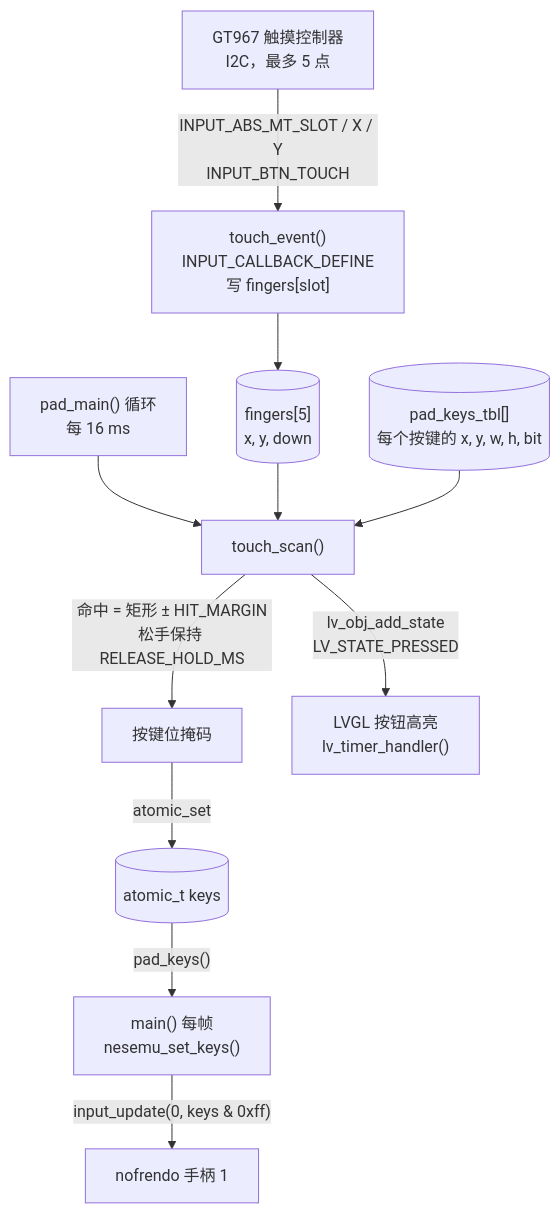
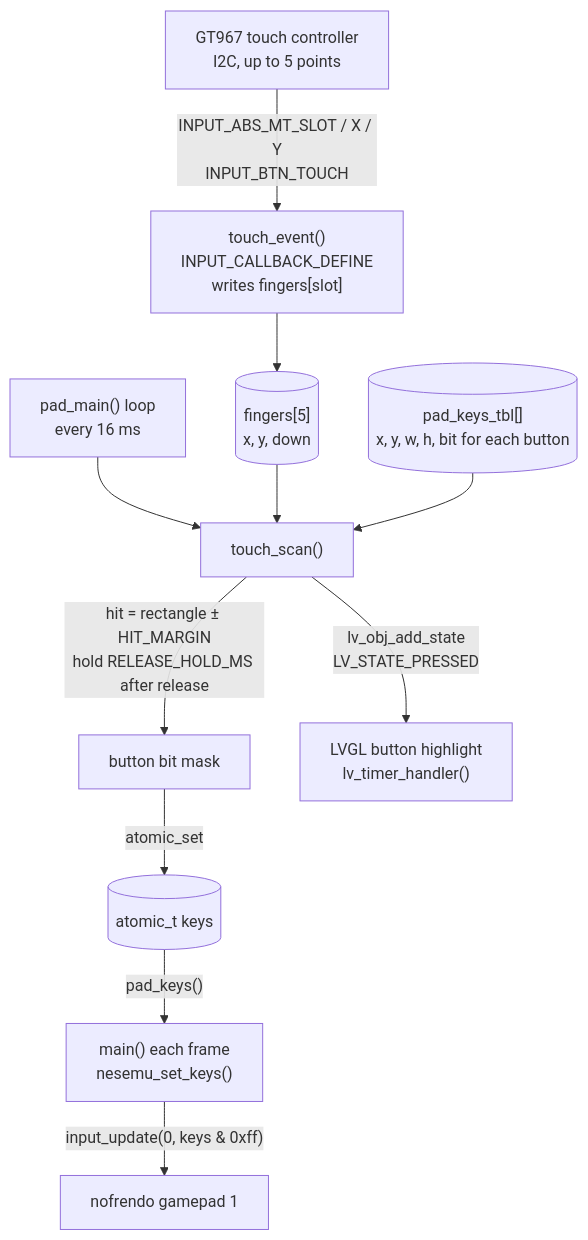
One commit to YuzukiHD/YuzukiNeko changed the second of 2 diagrams in docs/src/content/docs/dev/zephyr/apps/nes.md. Above: the diagram before and after it, drawn with Mermaid. The commit also changed other lines of this file and 216 other files, not shown here.

````diff
--- a/docs/src/content/docs/dev/zephyr/apps/nes.md
+++ b/docs/src/content/docs/dev/zephyr/apps/nes.md
@@ -254,13 +254,13 @@
 ```mermaid
 flowchart TD
-    G["GT967 触摸控制器<br/>I2C，最多 5 点"] -->|"INPUT_ABS_MT_SLOT / X / Y<br/>INPUT_BTN_TOUCH"| CB["touch_event()<br/>INPUT_CALLBACK_DEFINE<br/>写 fingers[slot]"]
+    G["GT967 touch controller<br/>I2C, up to 5 points"] -->|"INPUT_ABS_MT_SLOT / X / Y<br/>INPUT_BTN_TOUCH"| CB["touch_event()<br/>INPUT_CALLBACK_DEFINE<br/>writes fingers[slot]"]
     CB --> TBL[("fingers[5]<br/>x, y, down")]
-    LOOP["pad_main() 循环<br/>每 16 ms"] --> SCAN["touch_scan()"]
+    LOOP["pad_main() loop<br/>every 16 ms"] --> SCAN["touch_scan()"]
     TBL --> SCAN
-    KT[("pad_keys_tbl[]<br/>每个按键的 x, y, w, h, bit")] --> SCAN
-    SCAN -->|"命中 = 矩形 ± HIT_MARGIN<br/>松手保持 RELEASE_HOLD_MS"| MASK["按键位掩码"]
-    SCAN -->|"lv_obj_add_state<br/>LV_STATE_PRESSED"| LV["LVGL 按钮高亮<br/>lv_timer_handler()"]
+    KT[("pad_keys_tbl[]<br/>x, y, w, h, bit for each button")] --> SCAN
+    SCAN -->|"hit = rectangle ± HIT_MARGIN<br/>hold RELEASE_HOLD_MS after release"| MASK["button bit mask"]
+    SCAN -->|"lv_obj_add_state<br/>LV_STATE_PRESSED"| LV["LVGL button highlight<br/>lv_timer_handler()"]
     MASK -->|"atomic_set"| KEYS[("atomic_t keys")]
-    KEYS -->|"pad_keys()"| MAIN["main() 每帧<br/>nesemu_set_keys()"]
-    MAIN -->|"input_update(0, keys & 0xff)"| CORE["nofrendo 手柄 1"]
+    KEYS -->|"pad_keys()"| MAIN["main() each frame<br/>nesemu_set_keys()"]
+    MAIN -->|"input_update(0, keys & 0xff)"| CORE["nofrendo gamepad 1"]
 ```
````
